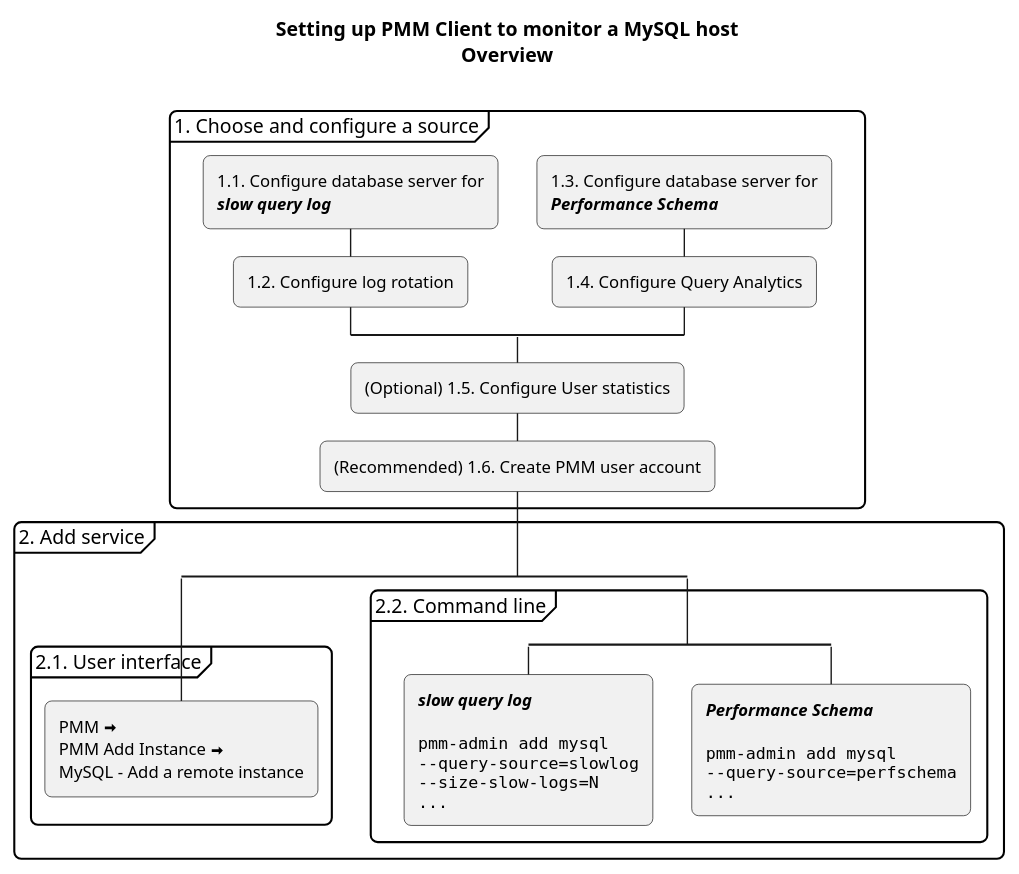
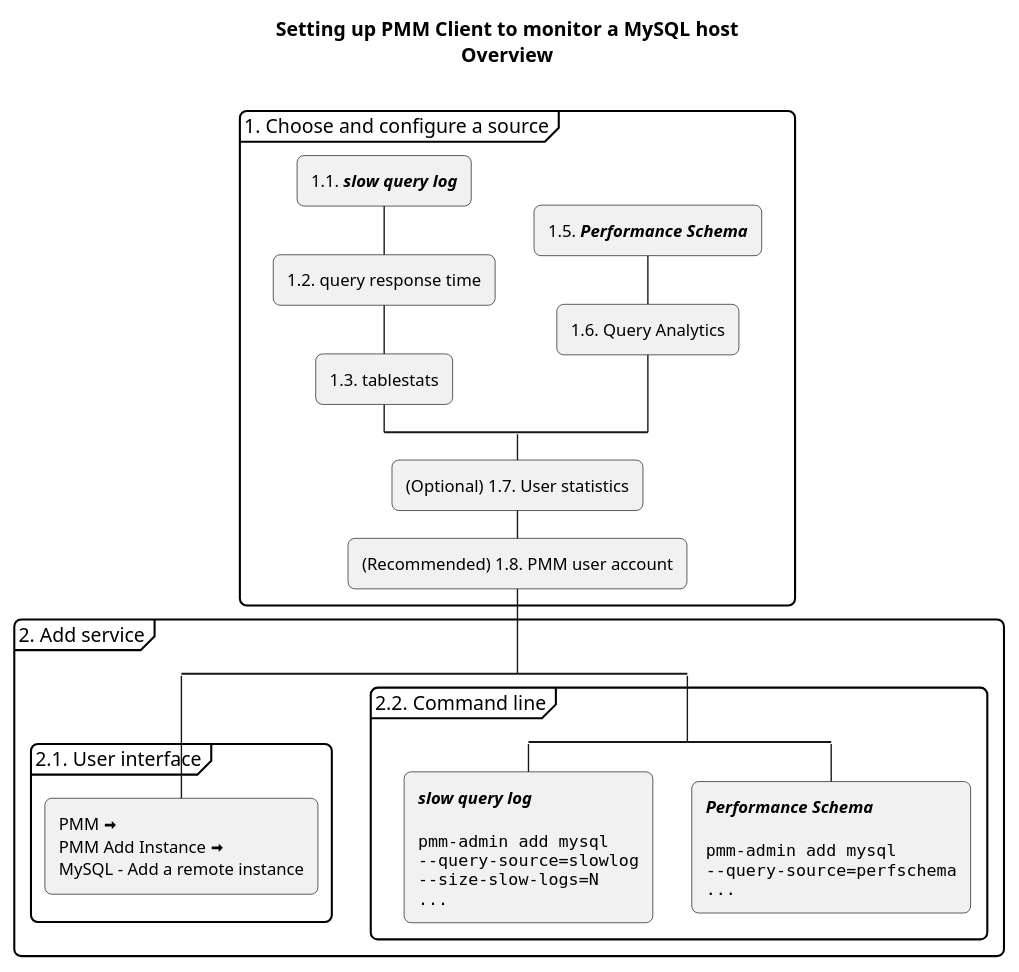
One commit to percona/pmm-doc changed the diagram in _resources/diagrams/Setting-Up_Client_MySQL.puml. Above: the diagram before and after it, drawn with PlantUML. The commit also changed 1 other file, not shown here.

```diff
--- a/_resources/diagrams/Setting-Up_Client_MySQL.puml
+++ b/_resources/diagrams/Setting-Up_Client_MySQL.puml
@@ -6,54 +6,53 @@
 @startuml "setting-up_client_mysql"
 skinparam ArrowHeadColor none
 skinparam roundCorner 10
 title "Setting up PMM Client to monitor a MySQL host\nOverview\n"
 
 partition "1. Choose and configure a source" {
 	split
 		-[hidden]->
-		:1.1. Configure database server for
-		**//slow query log//**;
-		:1.2. Configure log rotation;
+		:1.1. **//slow query log//**;
+		:1.2. query response time;
+		:1.3. tablestats;
 	split again
 		-[hidden]->
-		:1.3. Configure database server for
-		**//Performance Schema//**;
-		:1.4. Configure Query Analytics;
+		:1.5. **//Performance Schema//**;
+		:1.6. Query Analytics;
 	end split
-	:(Optional) 1.5. Configure User statistics;
-	:(Recommended) 1.6. Create PMM user account;
+	:(Optional) 1.7. User statistics;
+	:(Recommended) 1.8. PMM user account;
 }
 partition "2. Add service" {
 	split
 	partition "2.1. User interface" {
 		:PMM <&arrow-thick-right>\nPMM Add Instance <&arrow-thick-right>\nMySQL - Add a remote instance;
 	}
 	kill
 	split again
 
 	partition "2.2. Command line" {
 		split
 		:**//slow query log//**
 
 <code>
 		pmm-admin add mysql
 		--query-source=slowlog
 		--size-slow-logs=N
 		...
 </code>;
 
 		kill
 		split again
 		:**//Performance Schema//**
 
 <code>
 		pmm-admin add mysql
 		--query-source=perfschema
 		...
 </code>;
 		kill
 		end split
 	}
 end split
 }
 @enduml
```
